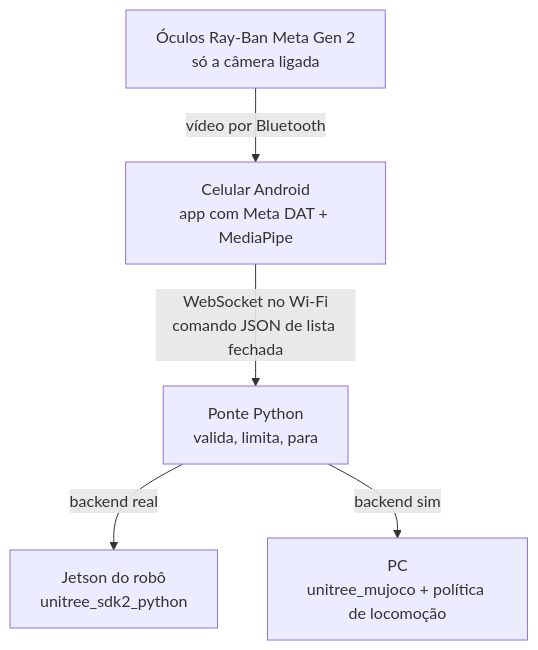
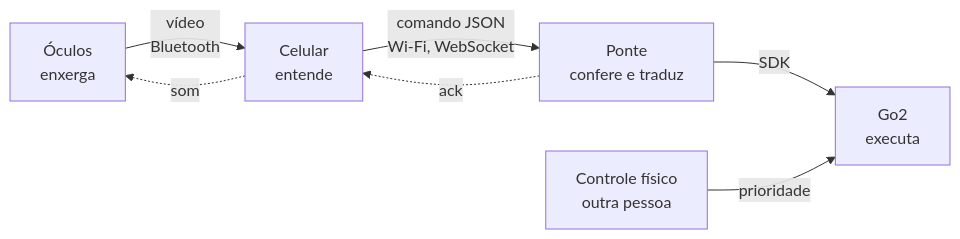
Before and after one commit to Lucas-byte123/Meta-Unitree-Lucas: the first of 3 diagrams in docs/arquitetura.md, drawn with Mermaid. The commit also changed other lines of this file and 7 other files, not shown here.

````diff
--- a/docs/arquitetura.md
+++ b/docs/arquitetura.md
@@ -14,7 +14,9 @@
 ```mermaid
-flowchart TD
-    A["Óculos Ray-Ban Meta Gen 2<br/>só a câmera ligada"] -->|vídeo por Bluetooth| B["Celular Android<br/>app com Meta DAT + MediaPipe"]
-    B -->|"WebSocket no Wi-Fi<br/>comando JSON de lista fechada"| C["Ponte Python<br/>valida, limita, para"]
-    C -->|backend real| D["Jetson do robô<br/>unitree_sdk2_python"]
-    C -->|backend sim| E["PC<br/>unitree_mujoco + política de locomoção"]
+flowchart LR
+    A["Óculos<br/>enxerga"] -->|"vídeo<br/>Bluetooth"| B["Celular<br/>entende"]
+    B -->|"comando JSON<br/>Wi-Fi, WebSocket"| C["Ponte<br/>confere e traduz"]
+    C -->|SDK| D["Go2<br/>executa"]
+    C -.->|ack| B
+    B -.->|som| A
+    E["Controle físico<br/>outra pessoa"] -->|prioridade| D
 ```
````
